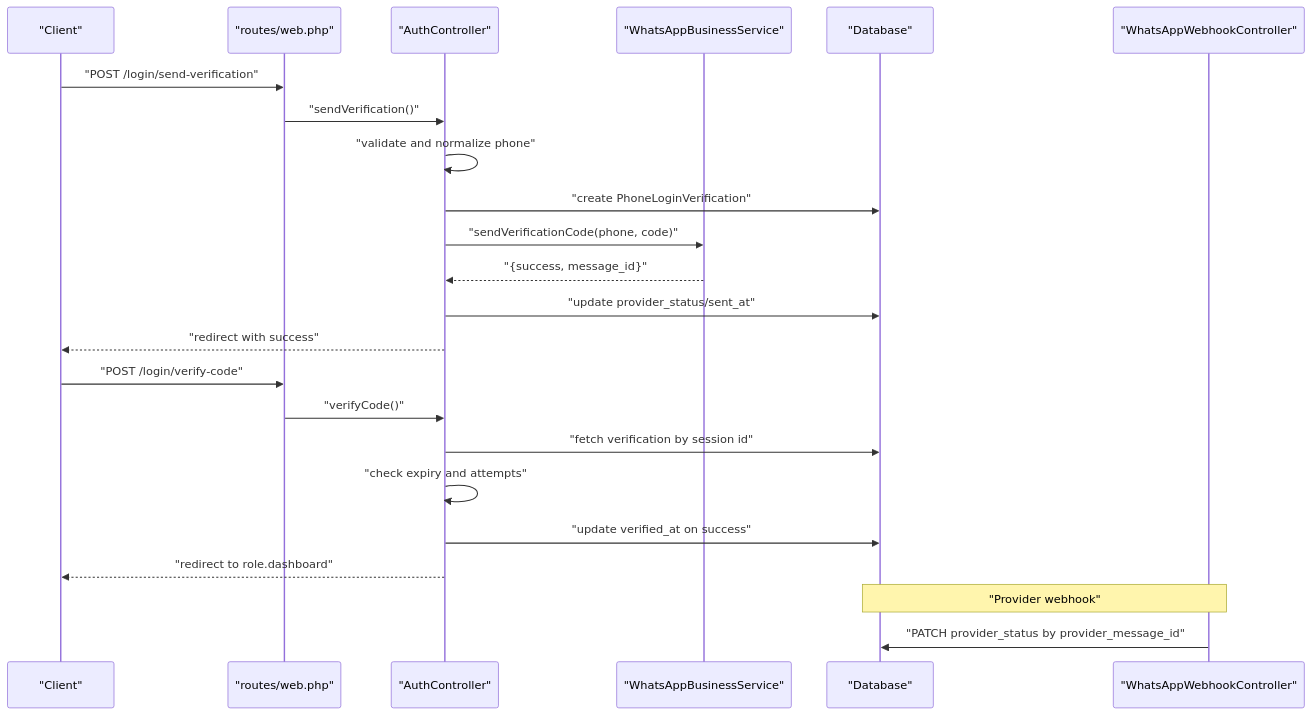
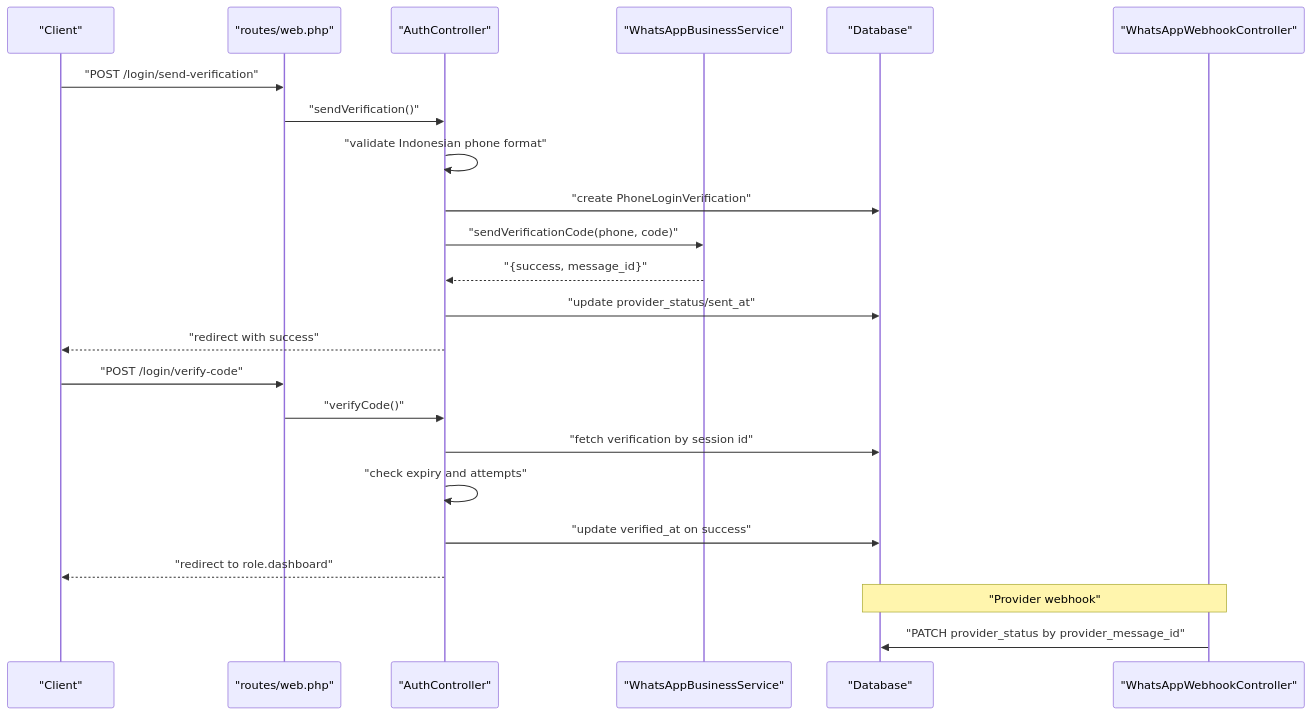
The second of 3 diagrams in .qoder/repowiki/en/content/API Documentation/Authentication API.md (rudicatsmile/assesment360), drawn with Mermaid before and after one commit. The commit also changed other lines of this file and 5 other files, not shown here.

````diff
--- a/.qoder/repowiki/en/content/API Documentation/Authentication API.md
+++ b/.qoder/repowiki/en/content/API Documentation/Authentication API.md
@@ -124,25 +136,25 @@
 ```mermaid
 sequenceDiagram
 participant C as "Client"
 participant R as "routes/web.php"
 participant AC as "AuthController"
 participant WBS as "WhatsAppBusinessService"
 participant DB as "Database"
 participant WH as "WhatsAppWebhookController"
 C->>R : "POST /login/send-verification"
 R->>AC : "sendVerification()"
-AC->>AC : "validate and normalize phone"
+AC->>AC : "validate Indonesian phone format"
 AC->>DB : "create PhoneLoginVerification"
 AC->>WBS : "sendVerificationCode(phone, code)"
 WBS-->>AC : "{success, message_id}"
 AC->>DB : "update provider_status/sent_at"
 AC-->>C : "redirect with success"
 C->>R : "POST /login/verify-code"
 R->>AC : "verifyCode()"
 AC->>DB : "fetch verification by session id"
 AC->>AC : "check expiry and attempts"
 AC->>DB : "update verified_at on success"
 AC-->>C : "redirect to role.dashboard"
 Note over WH,DB : "Provider webhook"
 WH->>DB : "PATCH provider_status by provider_message_id"
 ```
````
